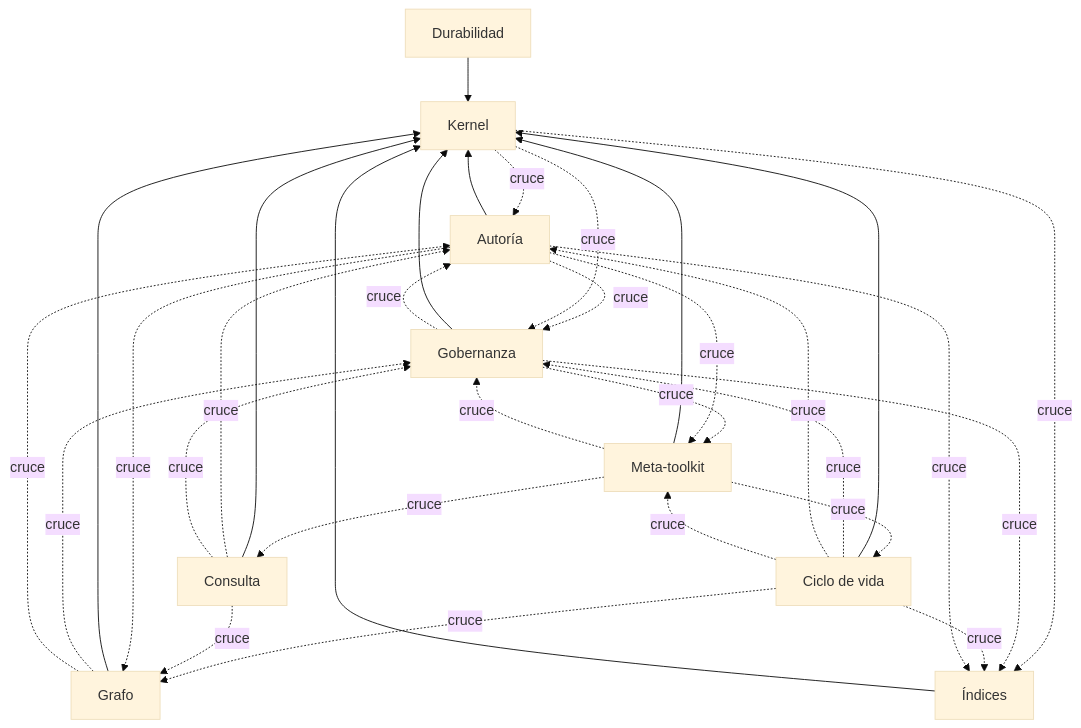
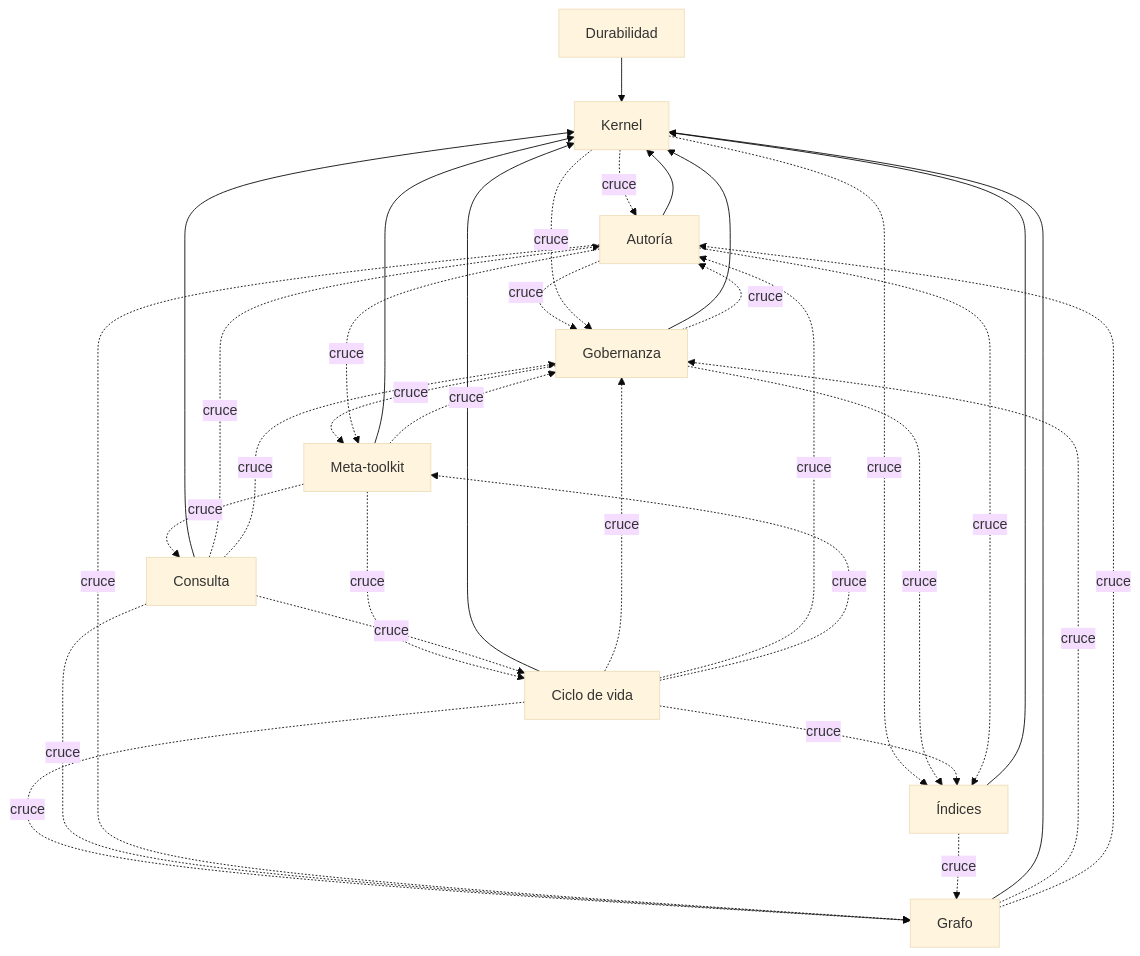
The diagram in docs/ARQUITECTURA.md (devcicm/Vault-Obsidian-Architecture), drawn with Mermaid (base theme) before and after one commit. The commit also changed other lines of this file and 32 other files, not shown here.

````diff
--- a/docs/ARQUITECTURA.md
+++ b/docs/ARQUITECTURA.md
@@ -17,43 +17,45 @@
 ```mermaid
 graph TD
     kernel["Kernel"]
     autoria["Autoría"]
     grafo["Grafo"]
     gobernanza["Gobernanza"]
     indices["Índices"]
     consulta["Consulta"]
     ciclo_de_vida["Ciclo de vida"]
     durabilidad["Durabilidad"]
     meta_toolkit["Meta-toolkit"]
     autoria --> kernel
     grafo --> kernel
     gobernanza --> kernel
     indices --> kernel
     consulta --> kernel
     ciclo_de_vida --> kernel
     durabilidad --> kernel
     meta_toolkit --> kernel
     autoria -.->|cruce| gobernanza
     grafo -.->|cruce| gobernanza
     grafo -.->|cruce| autoria
     consulta -.->|cruce| autoria
     meta_toolkit -.->|cruce| gobernanza
     kernel -.->|cruce| autoria
     kernel -.->|cruce| gobernanza
     kernel -.->|cruce| indices
     meta_toolkit -.->|cruce| consulta
     gobernanza -.->|cruce| meta_toolkit
     gobernanza -.->|cruce| indices
     gobernanza -.->|cruce| autoria
     ciclo_de_vida -.->|cruce| gobernanza
     ciclo_de_vida -.->|cruce| indices
     ciclo_de_vida -.->|cruce| autoria
     consulta -.->|cruce| gobernanza
     ciclo_de_vida -.->|cruce| grafo
     meta_toolkit -.->|cruce| ciclo_de_vida
     ciclo_de_vida -.->|cruce| meta_toolkit
     consulta -.->|cruce| grafo
     autoria -.->|cruce| meta_toolkit
     autoria -.->|cruce| indices
     autoria -.->|cruce| grafo
+    consulta -.->|cruce| ciclo_de_vida
+    indices -.->|cruce| grafo
 ```
````
